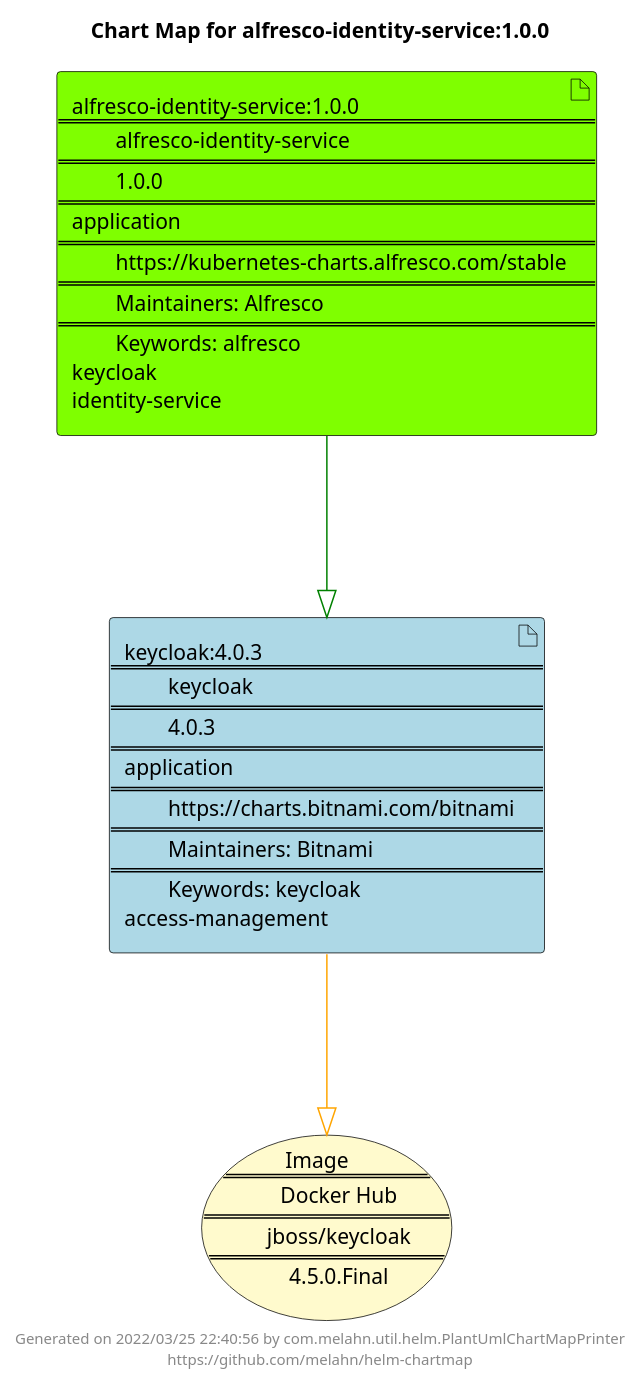
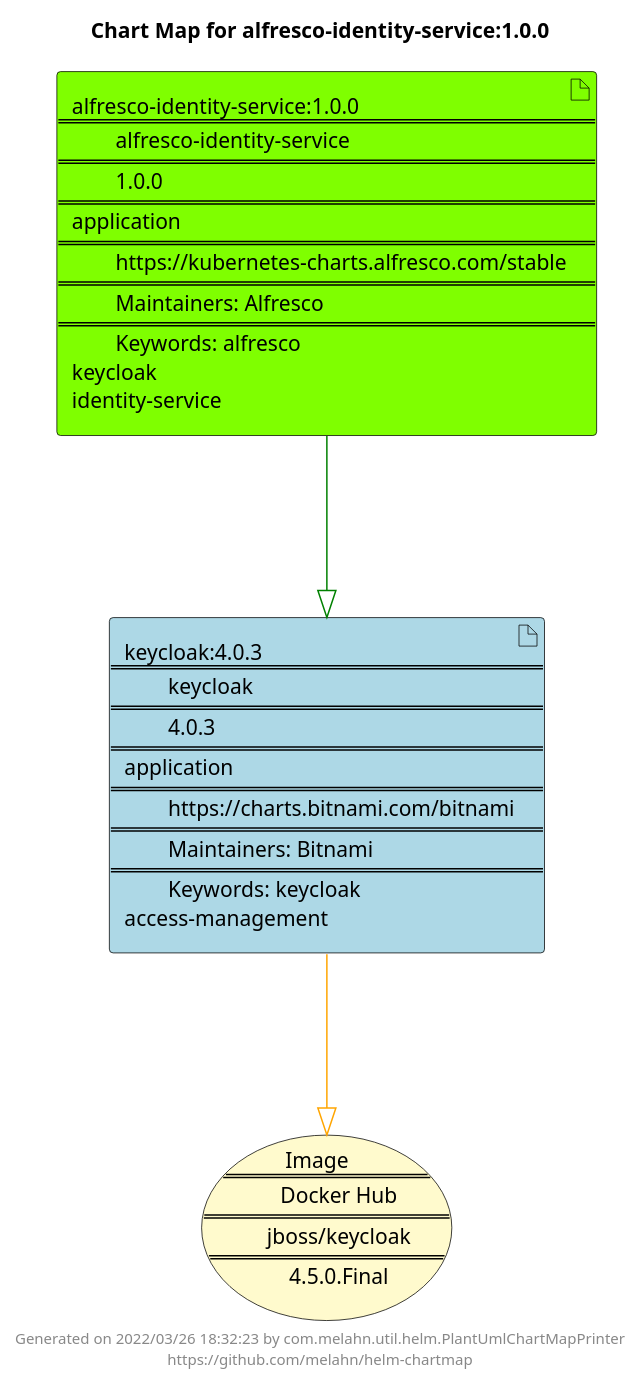
One commit to melahn/helm-chartmap changed the diagram in docs/alfresco-identity-service/alfresco-identity-service-1.0.0.puml. Above: the diagram before and after it, drawn with PlantUML. The commit also changed 55 other files, not shown here.

Commit message:
Update Example Chart Maps as part of GitHub build

```diff
--- a/docs/alfresco-identity-service/alfresco-identity-service-1.0.0.puml
+++ b/docs/alfresco-identity-service/alfresco-identity-service-1.0.0.puml
@@ -1,23 +1,23 @@
 @startuml
 skinparam linetype ortho
 skinparam backgroundColor white
 skinparam usecaseBorderColor black
 skinparam usecaseArrowColor LightSlateGray
 skinparam artifactBorderColor black
 skinparam artifactArrowColor LightSlateGray
 
 title Chart Map for alfresco-identity-service:1.0.0
 
 'There are 2 referenced Helm Charts
 artifact "keycloak:4.0.3\n====\n\tkeycloak\n====\n\t4.0.3\n====\napplication\n====\n\thttps://charts.bitnami.com/bitnami\n====\n\tMaintainers: Bitnami\n====\n\tKeywords: keycloak\naccess-management" as keycloak_4_0_3 #LightBlue
 artifact "alfresco-identity-service:1.0.0\n====\n\talfresco-identity-service\n====\n\t1.0.0\n====\napplication\n====\n\thttps://kubernetes-charts.alfresco.com/stable\n====\n\tMaintainers: Alfresco\n====\n\tKeywords: alfresco\nkeycloak\nidentity-service" as alfresco_identity_service_1_0_0 #Chartreuse
 
 'There is one referenced Docker Image
 usecase "Image\n====\n\tDocker Hub\n====\n\tjboss/keycloak\n====\n\t4.5.0.Final" as jboss_keycloak_4_5_0_Final #LemonChiffon
 
 'Chart Dependencies
 alfresco_identity_service_1_0_0--[#green]-|>keycloak_4_0_3
 keycloak_4_0_3--[#orange]-|>jboss_keycloak_4_5_0_Final
 
-center footer Generated on 2022/03/25 22:40:56 by com.melahn.util.helm.PlantUmlChartMapPrinter\nhttps://github.com/melahn/helm-chartmap
+center footer Generated on 2022/03/26 18:32:23 by com.melahn.util.helm.PlantUmlChartMapPrinter\nhttps://github.com/melahn/helm-chartmap
 @enduml
```
